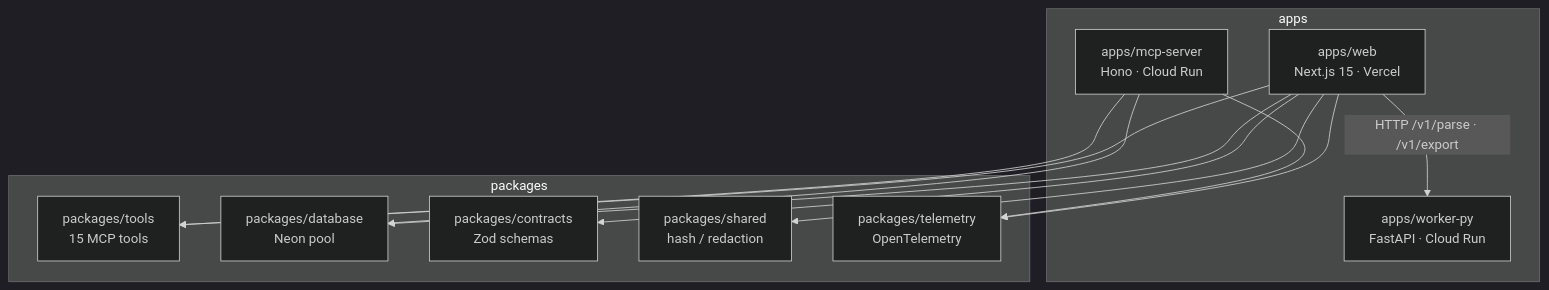
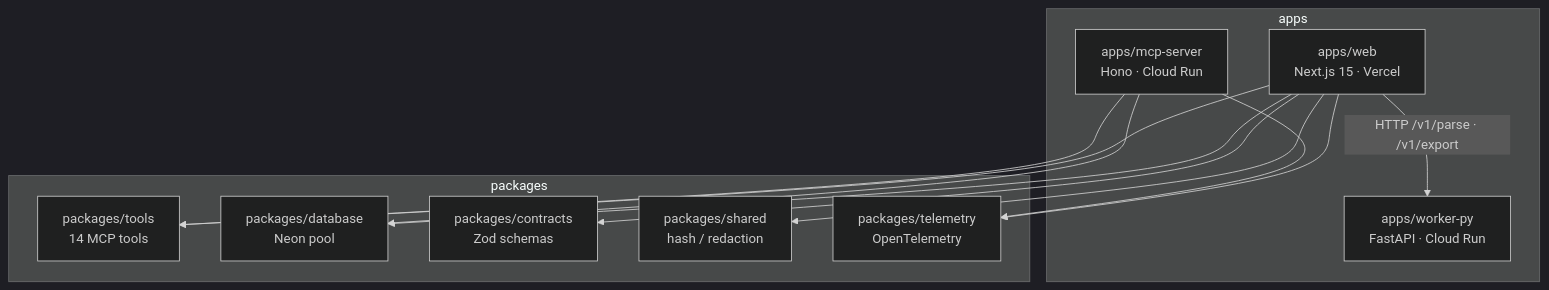
The diagram in LAYOUT.md (macho715/invoice_sct), drawn with Mermaid (dark theme) before and after one commit. The commit also changed other lines of this file and 5 other files, not shown here.

````diff
--- a/LAYOUT.md
+++ b/LAYOUT.md
@@ -81,24 +83,24 @@
 ```mermaid
 flowchart TD
   subgraph apps
     WEB["apps/web<br/>Next.js 15 · Vercel"]
     WORKER["apps/worker-py<br/>FastAPI · Cloud Run"]
     MCP["apps/mcp-server<br/>Hono · Cloud Run"]
   end
   subgraph packages
-    TOOLS["packages/tools<br/>15 MCP tools"]
+    TOOLS["packages/tools<br/>14 MCP tools"]
     DB["packages/database<br/>Neon pool"]
     CONTRACTS["packages/contracts<br/>Zod schemas"]
     SHARED["packages/shared<br/>hash / redaction"]
     TEL["packages/telemetry<br/>OpenTelemetry"]
   end
   WEB --> TOOLS
   WEB --> DB
   WEB --> CONTRACTS
   WEB --> SHARED
   WEB --> TEL
   MCP --> TOOLS
   MCP --> DB
   MCP --> TEL
   WEB -->|"HTTP /v1/parse · /v1/export"| WORKER
 ```
````
